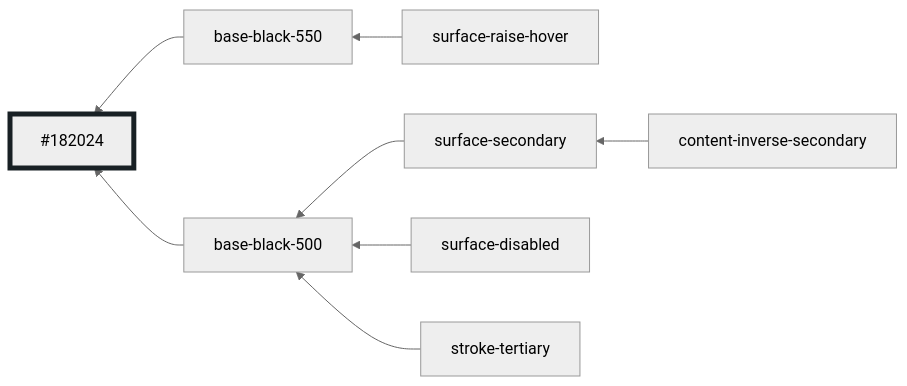
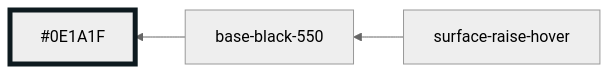
Before and after one commit to oxidecomputer/console: diagram 28 of 30 in libs/ui/styles/themes/main.md, drawn with Mermaid (neutral theme). The commit also changed other lines of this file and 2 other files, not shown here.

Commit message:
Update themes from token file

````diff
--- a/libs/ui/styles/themes/main.md
+++ b/libs/ui/styles/themes/main.md
@@ -355,12 +353,7 @@
 ```mermaid
 graph RL
-  base-black-550 --> #182024:::base-black-550
-  base-black-500 --> #182024:::base-black-550
-  surface-secondary --> base-black-500
-  surface-disabled --> base-black-500
+  base-black-550 --> #0E1A1F:::base-black-550
   surface-raise-hover --> base-black-550
-  content-inverse-secondary --> surface-secondary
-  stroke-tertiary --> base-black-500
 
-  classDef base-black-550 stroke-width:5,stroke:#182024
+  classDef base-black-550 stroke-width:5,stroke:#0E1A1F
 ```
````
